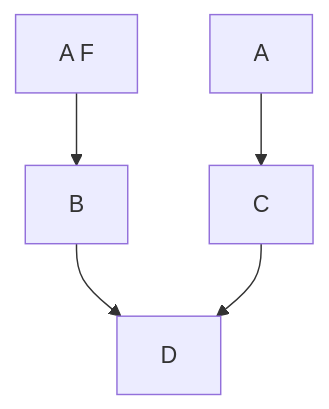
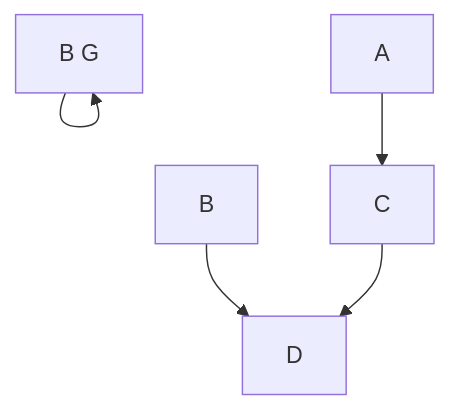
One commit to sputhiyamadam/PYRATES_workshop changed the first of 2 diagrams in .ipynb_checkpoints/README-checkpoint.md. Above: the diagram before and after it, drawn with Mermaid. The commit also changed other lines of this file and 1 other file, not shown here.

````diff
--- a/.ipynb_checkpoints/README-checkpoint.md
+++ b/.ipynb_checkpoints/README-checkpoint.md
@@ -46,7 +46,7 @@
 ```mermaid
 graph TD;
-  id1[A F]-->B;
+  id1[A F]-->  id1[B G];
   A-->C;
   B-->D;
   C-->D;
 ```
````
